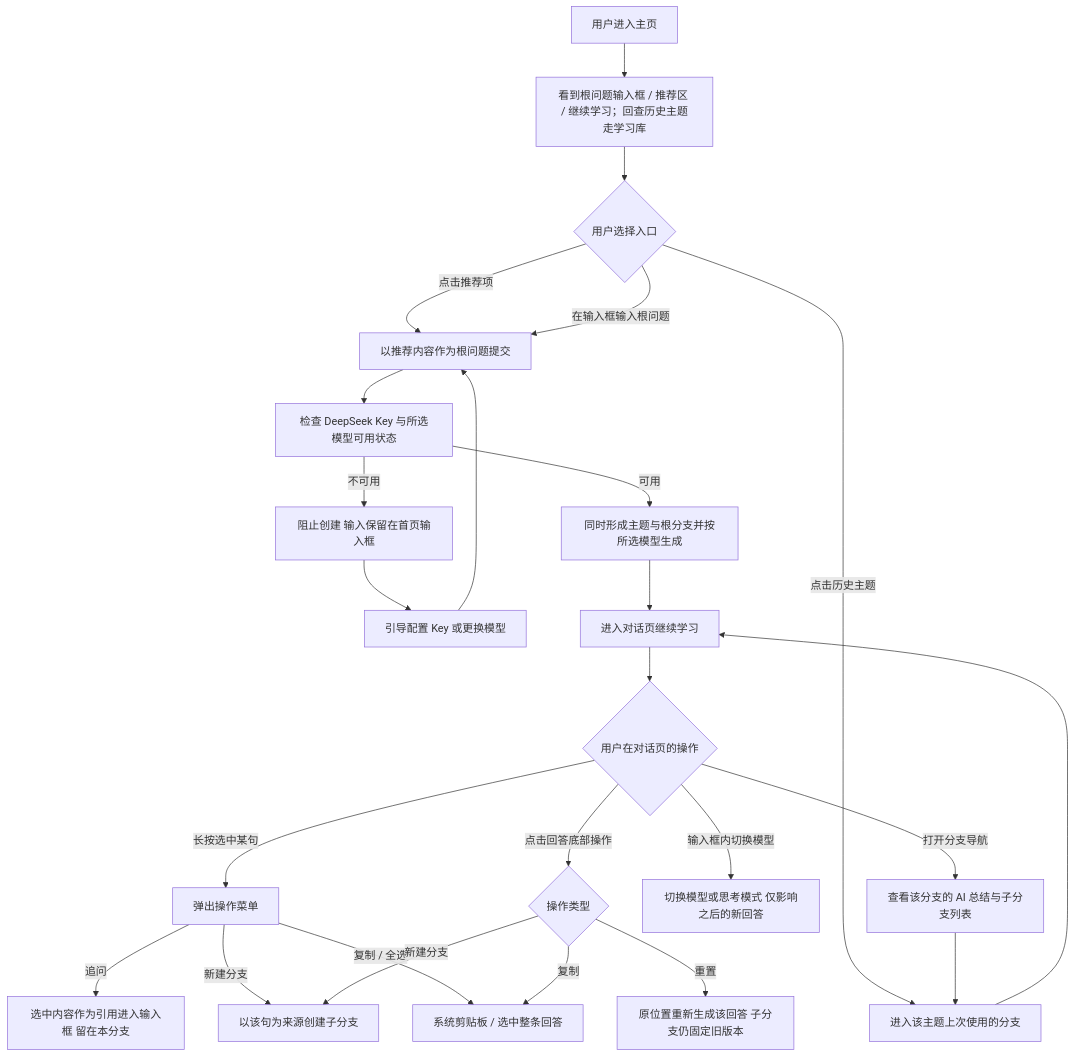
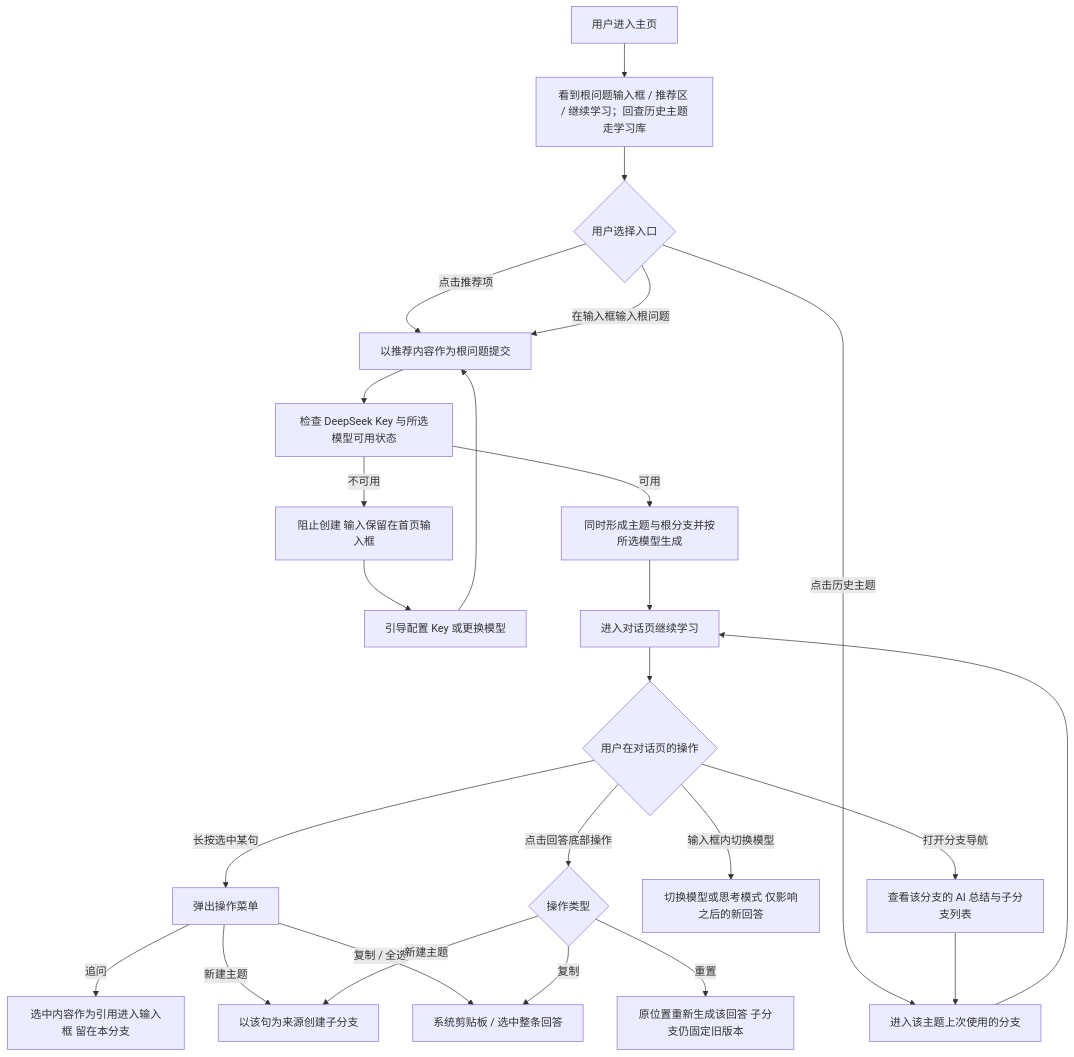
The second of 2 diagrams in Docs/03-prd-draft/V3.2-知芽（TreeLearn）产品需求文档（PRD）.md (menscn/TreeLearn), drawn with Mermaid before and after one commit. The commit also changed other lines of this file and 318 other files, not shown here.

````diff
--- a/Docs/03-prd-draft/V3.2-知芽（TreeLearn）产品需求文档（PRD）.md
+++ b/Docs/03-prd-draft/V3.2-知芽（TreeLearn）产品需求文档（PRD）.md
@@ -170,27 +170,27 @@
 ```mermaid
 flowchart TD
     A[用户进入主页] --> B[看到根问题输入框 / 推荐区 / 继续学习；回查历史主题走学习库]
     B --> C{用户选择入口}
     C -->|点击推荐项| D[以推荐内容作为根问题提交]
     C -->|在输入框输入根问题| D
     C -->|点击历史主题| E[进入该主题上次使用的分支]
     D --> F[检查 DeepSeek Key 与所选模型可用状态]
     F -->|不可用| G[阻止创建 输入保留在首页输入框]
     G --> H[引导配置 Key 或更换模型]
     H --> D
     F -->|可用| I[同时形成主题与根分支并按所选模型生成]
     I --> J[进入对话页继续学习]
     E --> J
     J --> K{用户在对话页的操作}
     K -->|长按选中某句| L[弹出操作菜单]
     L -->|追问| M[选中内容作为引用进入输入框 留在本分支]
-    L -->|新建分支| N[以该句为来源创建子分支]
+    L -->|新建主题| N[以该句为来源创建子分支]
     L -->|复制 / 全选| O[系统剪贴板 / 选中整条回答]
     K -->|点击回答底部操作| P{操作类型}
     P -->|复制| O
     P -->|重置| Q[原位置重新生成该回答 子分支仍固定旧版本]
-    P -->|新建分支| N
+    P -->|新建主题| N
     K -->|输入框内切换模型| R[切换模型或思考模式 仅影响之后的新回答]
     K -->|打开分支导航| S[查看该分支的 AI 总结与子分支列表]
     S --> E
 ```
````
